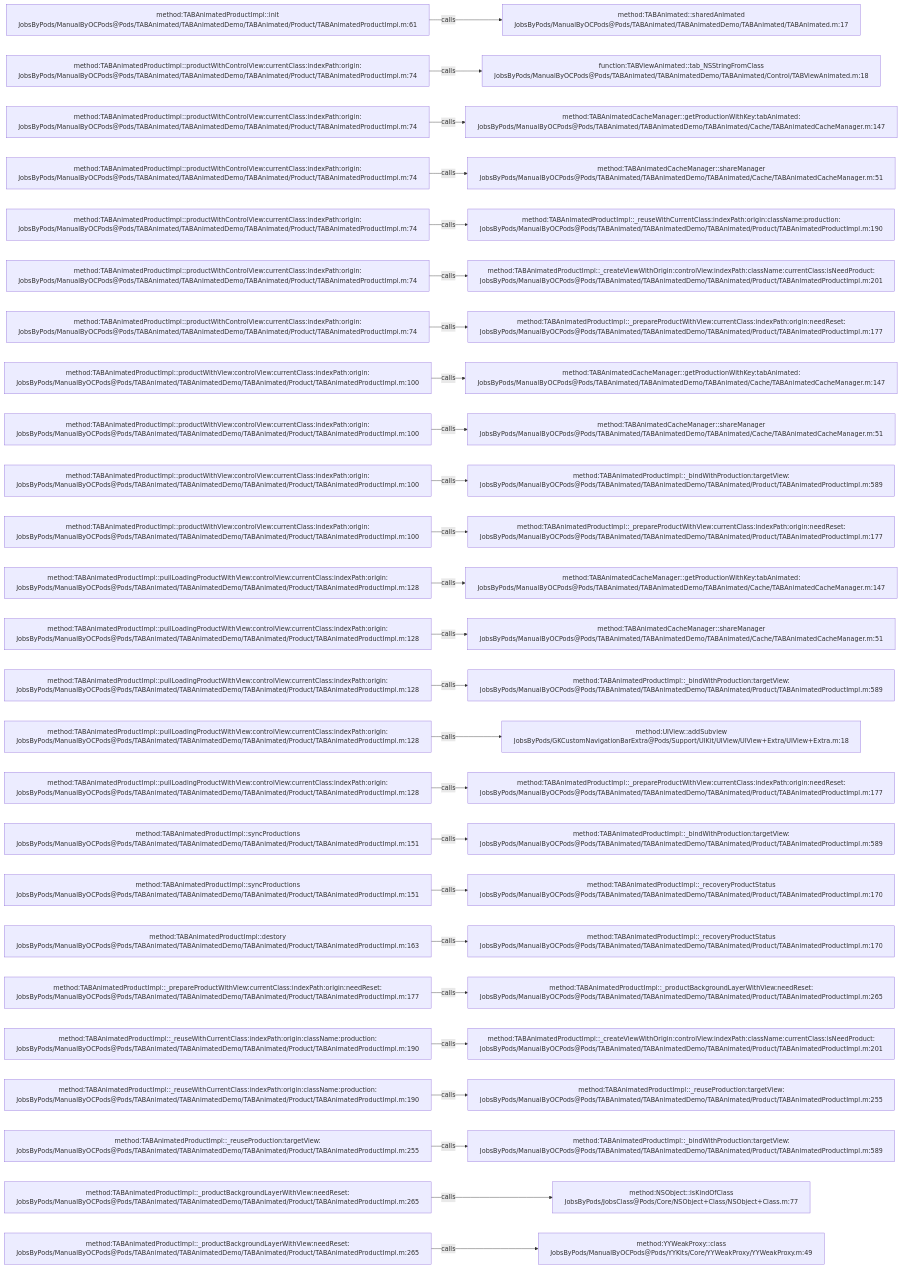
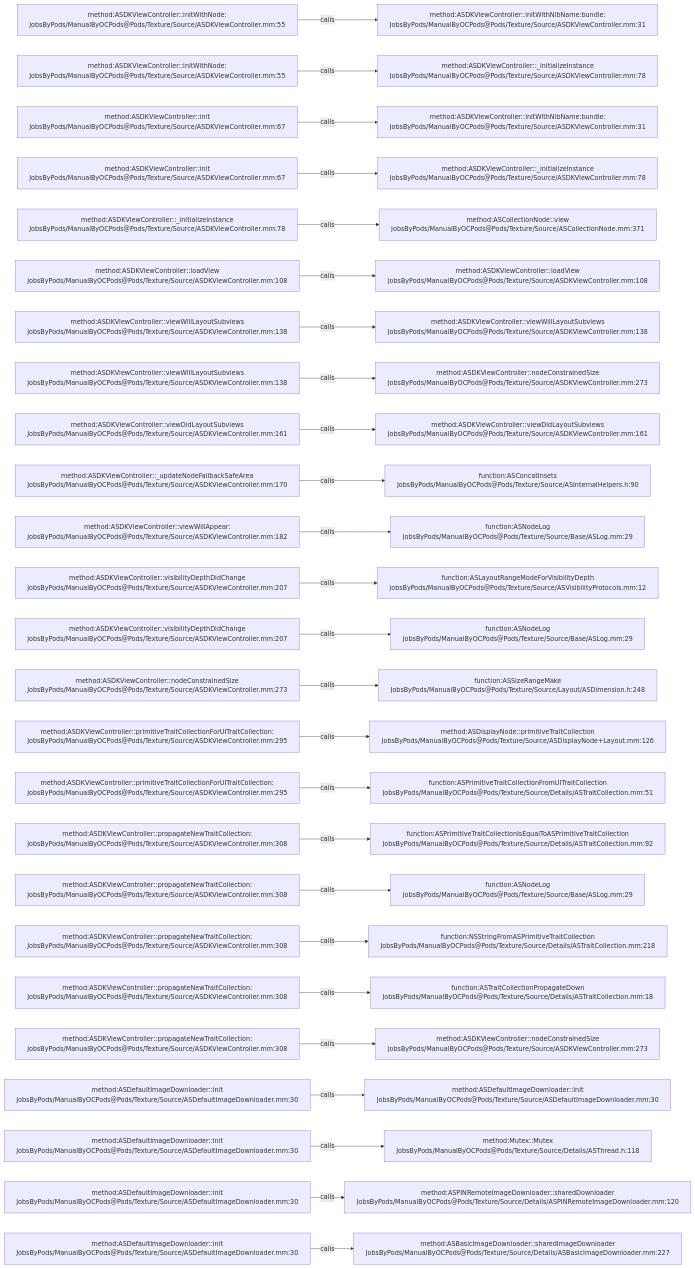
The diagram in .codegraph/codegraph.md/graphs/calls-198.md (JobsKits/JobsOCBaseConfigDemo), drawn with Mermaid before and after one commit. The commit also changed 573 other files, not shown here.

````diff
--- a/.codegraph/codegraph.md/graphs/calls-198.md
+++ b/.codegraph/codegraph.md/graphs/calls-198.md
@@ -13,78 +13,78 @@
 ```mermaid
 flowchart LR
-  S1["method:TABAnimatedProductImpl::init<br/>JobsByPods/ManualByOCPods@Pods/TABAnimated/TABAnimatedDemo/TABAnimated/Product/TABAnimatedProductImpl.m:61"]
-  T1["method:TABAnimated::sharedAnimated<br/>JobsByPods/ManualByOCPods@Pods/TABAnimated/TABAnimatedDemo/TABAnimated/TABAnimated.m:17"]
+  S1["method:ASDKViewController::initWithNode:<br/>JobsByPods/ManualByOCPods@Pods/Texture/Source/ASDKViewController.mm:55"]
+  T1["method:ASDKViewController::initWithNibName:bundle:<br/>JobsByPods/ManualByOCPods@Pods/Texture/Source/ASDKViewController.mm:31"]
   S1 -->|calls| T1
-  S2["method:TABAnimatedProductImpl::productWithControlView:currentClass:indexPath:origin:<br/>JobsByPods/ManualByOCPods@Pods/TABAnimated/TABAnimatedDemo/TABAnimated/Product/TABAnimatedProductImpl.m:74"]
-  T2["function:TABViewAnimated::tab_NSStringFromClass<br/>JobsByPods/ManualByOCPods@Pods/TABAnimated/TABAnimatedDemo/TABAnimated/Control/TABViewAnimated.m:18"]
+  S2["method:ASDKViewController::initWithNode:<br/>JobsByPods/ManualByOCPods@Pods/Texture/Source/ASDKViewController.mm:55"]
+  T2["method:ASDKViewController::_initializeInstance<br/>JobsByPods/ManualByOCPods@Pods/Texture/Source/ASDKViewController.mm:78"]
   S2 -->|calls| T2
-  S3["method:TABAnimatedProductImpl::productWithControlView:currentClass:indexPath:origin:<br/>JobsByPods/ManualByOCPods@Pods/TABAnimated/TABAnimatedDemo/TABAnimated/Product/TABAnimatedProductImpl.m:74"]
-  T3["method:TABAnimatedCacheManager::getProductionWithKey:tabAnimated:<br/>JobsByPods/ManualByOCPods@Pods/TABAnimated/TABAnimatedDemo/TABAnimated/Cache/TABAnimatedCacheManager.m:147"]
+  S3["method:ASDKViewController::init<br/>JobsByPods/ManualByOCPods@Pods/Texture/Source/ASDKViewController.mm:67"]
+  T3["method:ASDKViewController::initWithNibName:bundle:<br/>JobsByPods/ManualByOCPods@Pods/Texture/Source/ASDKViewController.mm:31"]
   S3 -->|calls| T3
-  S4["method:TABAnimatedProductImpl::productWithControlView:currentClass:indexPath:origin:<br/>JobsByPods/ManualByOCPods@Pods/TABAnimated/TABAnimatedDemo/TABAnimated/Product/TABAnimatedProductImpl.m:74"]
-  T4["method:TABAnimatedCacheManager::shareManager<br/>JobsByPods/ManualByOCPods@Pods/TABAnimated/TABAnimatedDemo/TABAnimated/Cache/TABAnimatedCacheManager.m:51"]
+  S4["method:ASDKViewController::init<br/>JobsByPods/ManualByOCPods@Pods/Texture/Source/ASDKViewController.mm:67"]
+  T4["method:ASDKViewController::_initializeInstance<br/>JobsByPods/ManualByOCPods@Pods/Texture/Source/ASDKViewController.mm:78"]
   S4 -->|calls| T4
-  S5["method:TABAnimatedProductImpl::productWithControlView:currentClass:indexPath:origin:<br/>JobsByPods/ManualByOCPods@Pods/TABAnimated/TABAnimatedDemo/TABAnimated/Product/TABAnimatedProductImpl.m:74"]
-  T5["method:TABAnimatedProductImpl::_reuseWithCurrentClass:indexPath:origin:className:production:<br/>JobsByPods/ManualByOCPods@Pods/TABAnimated/TABAnimatedDemo/TABAnimated/Product/TABAnimatedProductImpl.m:190"]
+  S5["method:ASDKViewController::_initializeInstance<br/>JobsByPods/ManualByOCPods@Pods/Texture/Source/ASDKViewController.mm:78"]
+  T5["method:ASCollectionNode::view<br/>JobsByPods/ManualByOCPods@Pods/Texture/Source/ASCollectionNode.mm:371"]
   S5 -->|calls| T5
-  S6["method:TABAnimatedProductImpl::productWithControlView:currentClass:indexPath:origin:<br/>JobsByPods/ManualByOCPods@Pods/TABAnimated/TABAnimatedDemo/TABAnimated/Product/TABAnimatedProductImpl.m:74"]
-  T6["method:TABAnimatedProductImpl::_createViewWithOrigin:controlView:indexPath:className:currentClass:isNeedProduct:<br/>JobsByPods/ManualByOCPods@Pods/TABAnimated/TABAnimatedDemo/TABAnimated/Product/TABAnimatedProductImpl.m:201"]
+  S6["method:ASDKViewController::loadView<br/>JobsByPods/ManualByOCPods@Pods/Texture/Source/ASDKViewController.mm:108"]
+  T6["method:ASDKViewController::loadView<br/>JobsByPods/ManualByOCPods@Pods/Texture/Source/ASDKViewController.mm:108"]
   S6 -->|calls| T6
-  S7["method:TABAnimatedProductImpl::productWithControlView:currentClass:indexPath:origin:<br/>JobsByPods/ManualByOCPods@Pods/TABAnimated/TABAnimatedDemo/TABAnimated/Product/TABAnimatedProductImpl.m:74"]
-  T7["method:TABAnimatedProductImpl::_prepareProductWithView:currentClass:indexPath:origin:needReset:<br/>JobsByPods/ManualByOCPods@Pods/TABAnimated/TABAnimatedDemo/TABAnimated/Product/TABAnimatedProductImpl.m:177"]
+  S7["method:ASDKViewController::viewWillLayoutSubviews<br/>JobsByPods/ManualByOCPods@Pods/Texture/Source/ASDKViewController.mm:138"]
+  T7["method:ASDKViewController::viewWillLayoutSubviews<br/>JobsByPods/ManualByOCPods@Pods/Texture/Source/ASDKViewController.mm:138"]
   S7 -->|calls| T7
-  S8["method:TABAnimatedProductImpl::productWithView:controlView:currentClass:indexPath:origin:<br/>JobsByPods/ManualByOCPods@Pods/TABAnimated/TABAnimatedDemo/TABAnimated/Product/TABAnimatedProductImpl.m:100"]
-  T8["method:TABAnimatedCacheManager::getProductionWithKey:tabAnimated:<br/>JobsByPods/ManualByOCPods@Pods/TABAnimated/TABAnimatedDemo/TABAnimated/Cache/TABAnimatedCacheManager.m:147"]
+  S8["method:ASDKViewController::viewWillLayoutSubviews<br/>JobsByPods/ManualByOCPods@Pods/Texture/Source/ASDKViewController.mm:138"]
+  T8["method:ASDKViewController::nodeConstrainedSize<br/>JobsByPods/ManualByOCPods@Pods/Texture/Source/ASDKViewController.mm:273"]
   S8 -->|calls| T8
-  S9["method:TABAnimatedProductImpl::productWithView:controlView:currentClass:indexPath:origin:<br/>JobsByPods/ManualByOCPods@Pods/TABAnimated/TABAnimatedDemo/TABAnimated/Product/TABAnimatedProductImpl.m:100"]
-  T9["method:TABAnimatedCacheManager::shareManager<br/>JobsByPods/ManualByOCPods@Pods/TABAnimated/TABAnimatedDemo/TABAnimated/Cache/TABAnimatedCacheManager.m:51"]
+  S9["method:ASDKViewController::viewDidLayoutSubviews<br/>JobsByPods/ManualByOCPods@Pods/Texture/Source/ASDKViewController.mm:161"]
+  T9["method:ASDKViewController::viewDidLayoutSubviews<br/>JobsByPods/ManualByOCPods@Pods/Texture/Source/ASDKViewController.mm:161"]
   S9 -->|calls| T9
-  S10["method:TABAnimatedProductImpl::productWithView:controlView:currentClass:indexPath:origin:<br/>JobsByPods/ManualByOCPods@Pods/TABAnimated/TABAnimatedDemo/TABAnimated/Product/TABAnimatedProductImpl.m:100"]
-  T10["method:TABAnimatedProductImpl::_bindWithProduction:targetView:<br/>JobsByPods/ManualByOCPods@Pods/TABAnimated/TABAnimatedDemo/TABAnimated/Product/TABAnimatedProductImpl.m:589"]
+  S10["method:ASDKViewController::_updateNodeFallbackSafeArea<br/>JobsByPods/ManualByOCPods@Pods/Texture/Source/ASDKViewController.mm:170"]
+  T10["function:ASConcatInsets<br/>JobsByPods/ManualByOCPods@Pods/Texture/Source/ASInternalHelpers.h:90"]
   S10 -->|calls| T10
-  S11["method:TABAnimatedProductImpl::productWithView:controlView:currentClass:indexPath:origin:<br/>JobsByPods/ManualByOCPods@Pods/TABAnimated/TABAnimatedDemo/TABAnimated/Product/TABAnimatedProductImpl.m:100"]
-  T11["method:TABAnimatedProductImpl::_prepareProductWithView:currentClass:indexPath:origin:needReset:<br/>JobsByPods/ManualByOCPods@Pods/TABAnimated/TABAnimatedDemo/TABAnimated/Product/TABAnimatedProductImpl.m:177"]
+  S11["method:ASDKViewController::viewWillAppear:<br/>JobsByPods/ManualByOCPods@Pods/Texture/Source/ASDKViewController.mm:182"]
+  T11["function:ASNodeLog<br/>JobsByPods/ManualByOCPods@Pods/Texture/Source/Base/ASLog.mm:29"]
   S11 -->|calls| T11
-  S12["method:TABAnimatedProductImpl::pullLoadingProductWithView:controlView:currentClass:indexPath:origin:<br/>JobsByPods/ManualByOCPods@Pods/TABAnimated/TABAnimatedDemo/TABAnimated/Product/TABAnimatedProductImpl.m:128"]
-  T12["method:TABAnimatedCacheManager::getProductionWithKey:tabAnimated:<br/>JobsByPods/ManualByOCPods@Pods/TABAnimated/TABAnimatedDemo/TABAnimated/Cache/TABAnimatedCacheManager.m:147"]
+  S12["method:ASDKViewController::visibilityDepthDidChange<br/>JobsByPods/ManualByOCPods@Pods/Texture/Source/ASDKViewController.mm:207"]
+  T12["function:ASLayoutRangeModeForVisibilityDepth<br/>JobsByPods/ManualByOCPods@Pods/Texture/Source/ASVisibilityProtocols.mm:12"]
   S12 -->|calls| T12
-  S13["method:TABAnimatedProductImpl::pullLoadingProductWithView:controlView:currentClass:indexPath:origin:<br/>JobsByPods/ManualByOCPods@Pods/TABAnimated/TABAnimatedDemo/TABAnimated/Product/TABAnimatedProductImpl.m:128"]
-  T13["method:TABAnimatedCacheManager::shareManager<br/>JobsByPods/ManualByOCPods@Pods/TABAnimated/TABAnimatedDemo/TABAnimated/Cache/TABAnimatedCacheManager.m:51"]
+  S13["method:ASDKViewController::visibilityDepthDidChange<br/>JobsByPods/ManualByOCPods@Pods/Texture/Source/ASDKViewController.mm:207"]
+  T13["function:ASNodeLog<br/>JobsByPods/ManualByOCPods@Pods/Texture/Source/Base/ASLog.mm:29"]
   S13 -->|calls| T13
-  S14["method:TABAnimatedProductImpl::pullLoadingProductWithView:controlView:currentClass:indexPath:origin:<br/>JobsByPods/ManualByOCPods@Pods/TABAnimated/TABAnimatedDemo/TABAnimated/Product/TABAnimatedProductImpl.m:128"]
-  T14["method:TABAnimatedProductImpl::_bindWithProduction:targetView:<br/>JobsByPods/ManualByOCPods@Pods/TABAnimated/TABAnimatedDemo/TABAnimated/Product/TABAnimatedProductImpl.m:589"]
+  S14["method:ASDKViewController::nodeConstrainedSize<br/>JobsByPods/ManualByOCPods@Pods/Texture/Source/ASDKViewController.mm:273"]
+  T14["function:ASSizeRangeMake<br/>JobsByPods/ManualByOCPods@Pods/Texture/Source/Layout/ASDimension.h:248"]
   S14 -->|calls| T14
-  S15["method:TABAnimatedProductImpl::pullLoadingProductWithView:controlView:currentClass:indexPath:origin:<br/>JobsByPods/ManualByOCPods@Pods/TABAnimated/TABAnimatedDemo/TABAnimated/Product/TABAnimatedProductImpl.m:128"]
-  T15["method:UIView::addSubview<br/>JobsByPods/GKCustomNavigationBarExtra@Pods/Support/UIKit/UIView/UIView+Extra/UIView+Extra.m:18"]
+  S15["method:ASDKViewController::primitiveTraitCollectionForUITraitCollection:<br/>JobsByPods/ManualByOCPods@Pods/Texture/Source/ASDKViewController.mm:295"]
+  T15["method:ASDisplayNode::primitiveTraitCollection<br/>JobsByPods/ManualByOCPods@Pods/Texture/Source/ASDisplayNode+Layout.mm:126"]
   S15 -->|calls| T15
-  S16["method:TABAnimatedProductImpl::pullLoadingProductWithView:controlView:currentClass:indexPath:origin:<br/>JobsByPods/ManualByOCPods@Pods/TABAnimated/TABAnimatedDemo/TABAnimated/Product/TABAnimatedProductImpl.m:128"]
-  T16["method:TABAnimatedProductImpl::_prepareProductWithView:currentClass:indexPath:origin:needReset:<br/>JobsByPods/ManualByOCPods@Pods/TABAnimated/TABAnimatedDemo/TABAnimated/Product/TABAnimatedProductImpl.m:177"]
+  S16["method:ASDKViewController::primitiveTraitCollectionForUITraitCollection:<br/>JobsByPods/ManualByOCPods@Pods/Texture/Source/ASDKViewController.mm:295"]
+  T16["function:ASPrimitiveTraitCollectionFromUITraitCollection<br/>JobsByPods/ManualByOCPods@Pods/Texture/Source/Details/ASTraitCollection.mm:51"]
   S16 -->|calls| T16
-  S17["method:TABAnimatedProductImpl::syncProductions<br/>JobsByPods/ManualByOCPods@Pods/TABAnimated/TABAnimatedDemo/TABAnimated/Product/TABAnimatedProductImpl.m:151"]
-  T17["method:TABAnimatedProductImpl::_bindWithProduction:targetView:<br/>JobsByPods/ManualByOCPods@Pods/TABAnimated/TABAnimatedDemo/TABAnimated/Product/TABAnimatedProductImpl.m:589"]
+  S17["method:ASDKViewController::propagateNewTraitCollection:<br/>JobsByPods/ManualByOCPods@Pods/Texture/Source/ASDKViewController.mm:308"]
+  T17["function:ASPrimitiveTraitCollectionIsEqualToASPrimitiveTraitCollection<br/>JobsByPods/ManualByOCPods@Pods/Texture/Source/Details/ASTraitCollection.mm:92"]
   S17 -->|calls| T17
-  S18["method:TABAnimatedProductImpl::syncProductions<br/>JobsByPods/ManualByOCPods@Pods/TABAnimated/TABAnimatedDemo/TABAnimated/Product/TABAnimatedProductImpl.m:151"]
-  T18["method:TABAnimatedProductImpl::_recoveryProductStatus<br/>JobsByPods/ManualByOCPods@Pods/TABAnimated/TABAnimatedDemo/TABAnimated/Product/TABAnimatedProductImpl.m:170"]
+  S18["method:ASDKViewController::propagateNewTraitCollection:<br/>JobsByPods/ManualByOCPods@Pods/Texture/Source/ASDKViewController.mm:308"]
+  T18["function:ASNodeLog<br/>JobsByPods/ManualByOCPods@Pods/Texture/Source/Base/ASLog.mm:29"]
   S18 -->|calls| T18
-  S19["method:TABAnimatedProductImpl::destory<br/>JobsByPods/ManualByOCPods@Pods/TABAnimated/TABAnimatedDemo/TABAnimated/Product/TABAnimatedProductImpl.m:163"]
-  T19["method:TABAnimatedProductImpl::_recoveryProductStatus<br/>JobsByPods/ManualByOCPods@Pods/TABAnimated/TABAnimatedDemo/TABAnimated/Product/TABAnimatedProductImpl.m:170"]
+  S19["method:ASDKViewController::propagateNewTraitCollection:<br/>JobsByPods/ManualByOCPods@Pods/Texture/Source/ASDKViewController.mm:308"]
+  T19["function:NSStringFromASPrimitiveTraitCollection<br/>JobsByPods/ManualByOCPods@Pods/Texture/Source/Details/ASTraitCollection.mm:218"]
   S19 -->|calls| T19
-  S20["method:TABAnimatedProductImpl::_prepareProductWithView:currentClass:indexPath:origin:needReset:<br/>JobsByPods/ManualByOCPods@Pods/TABAnimated/TABAnimatedDemo/TABAnimated/Product/TABAnimatedProductImpl.m:177"]
-  T20["method:TABAnimatedProductImpl::_productBackgroundLayerWithView:needReset:<br/>JobsByPods/ManualByOCPods@Pods/TABAnimated/TABAnimatedDemo/TABAnimated/Product/TABAnimatedProductImpl.m:265"]
+  S20["method:ASDKViewController::propagateNewTraitCollection:<br/>JobsByPods/ManualByOCPods@Pods/Texture/Source/ASDKViewController.mm:308"]
+  T20["function:ASTraitCollectionPropagateDown<br/>JobsByPods/ManualByOCPods@Pods/Texture/Source/Details/ASTraitCollection.mm:18"]
   S20 -->|calls| T20
-  S21["method:TABAnimatedProductImpl::_reuseWithCurrentClass:indexPath:origin:className:production:<br/>JobsByPods/ManualByOCPods@Pods/TABAnimated/TABAnimatedDemo/TABAnimated/Product/TABAnimatedProductImpl.m:190"]
-  T21["method:TABAnimatedProductImpl::_createViewWithOrigin:controlView:indexPath:className:currentClass:isNeedProduct:<br/>JobsByPods/ManualByOCPods@Pods/TABAnimated/TABAnimatedDemo/TABAnimated/Product/TABAnimatedProductImpl.m:201"]
+  S21["method:ASDKViewController::propagateNewTraitCollection:<br/>JobsByPods/ManualByOCPods@Pods/Texture/Source/ASDKViewController.mm:308"]
+  T21["method:ASDKViewController::nodeConstrainedSize<br/>JobsByPods/ManualByOCPods@Pods/Texture/Source/ASDKViewController.mm:273"]
   S21 -->|calls| T21
-  S22["method:TABAnimatedProductImpl::_reuseWithCurrentClass:indexPath:origin:className:production:<br/>JobsByPods/ManualByOCPods@Pods/TABAnimated/TABAnimatedDemo/TABAnimated/Product/TABAnimatedProductImpl.m:190"]
-  T22["method:TABAnimatedProductImpl::_reuseProduction:targetView:<br/>JobsByPods/ManualByOCPods@Pods/TABAnimated/TABAnimatedDemo/TABAnimated/Product/TABAnimatedProductImpl.m:255"]
+  S22["method:ASDefaultImageDownloader::init<br/>JobsByPods/ManualByOCPods@Pods/Texture/Source/ASDefaultImageDownloader.mm:30"]
+  T22["method:ASDefaultImageDownloader::init<br/>JobsByPods/ManualByOCPods@Pods/Texture/Source/ASDefaultImageDownloader.mm:30"]
   S22 -->|calls| T22
-  S23["method:TABAnimatedProductImpl::_reuseProduction:targetView:<br/>JobsByPods/ManualByOCPods@Pods/TABAnimated/TABAnimatedDemo/TABAnimated/Product/TABAnimatedProductImpl.m:255"]
-  T23["method:TABAnimatedProductImpl::_bindWithProduction:targetView:<br/>JobsByPods/ManualByOCPods@Pods/TABAnimated/TABAnimatedDemo/TABAnimated/Product/TABAnimatedProductImpl.m:589"]
+  S23["method:ASDefaultImageDownloader::init<br/>JobsByPods/ManualByOCPods@Pods/Texture/Source/ASDefaultImageDownloader.mm:30"]
+  T23["method:Mutex::Mutex<br/>JobsByPods/ManualByOCPods@Pods/Texture/Source/Details/ASThread.h:118"]
   S23 -->|calls| T23
-  S24["method:TABAnimatedProductImpl::_productBackgroundLayerWithView:needReset:<br/>JobsByPods/ManualByOCPods@Pods/TABAnimated/TABAnimatedDemo/TABAnimated/Product/TABAnimatedProductImpl.m:265"]
-  T24["method:NSObject::isKindOfClass<br/>JobsByPods/JobsClass@Pods/Core/NSObject+Class/NSObject+Class.m:77"]
+  S24["method:ASDefaultImageDownloader::init<br/>JobsByPods/ManualByOCPods@Pods/Texture/Source/ASDefaultImageDownloader.mm:30"]
+  T24["method:ASPINRemoteImageDownloader::sharedDownloader<br/>JobsByPods/ManualByOCPods@Pods/Texture/Source/Details/ASPINRemoteImageDownloader.mm:120"]
   S24 -->|calls| T24
-  S25["method:TABAnimatedProductImpl::_productBackgroundLayerWithView:needReset:<br/>JobsByPods/ManualByOCPods@Pods/TABAnimated/TABAnimatedDemo/TABAnimated/Product/TABAnimatedProductImpl.m:265"]
-  T25["method:YYWeakProxy::class<br/>JobsByPods/ManualByOCPods@Pods/YYKits/Core/YYWeakProxy/YYWeakProxy.m:49"]
+  S25["method:ASDefaultImageDownloader::init<br/>JobsByPods/ManualByOCPods@Pods/Texture/Source/ASDefaultImageDownloader.mm:30"]
+  T25["method:ASBasicImageDownloader::sharedImageDownloader<br/>JobsByPods/ManualByOCPods@Pods/Texture/Source/Details/ASBasicImageDownloader.mm:227"]
   S25 -->|calls| T25
 ```
````
